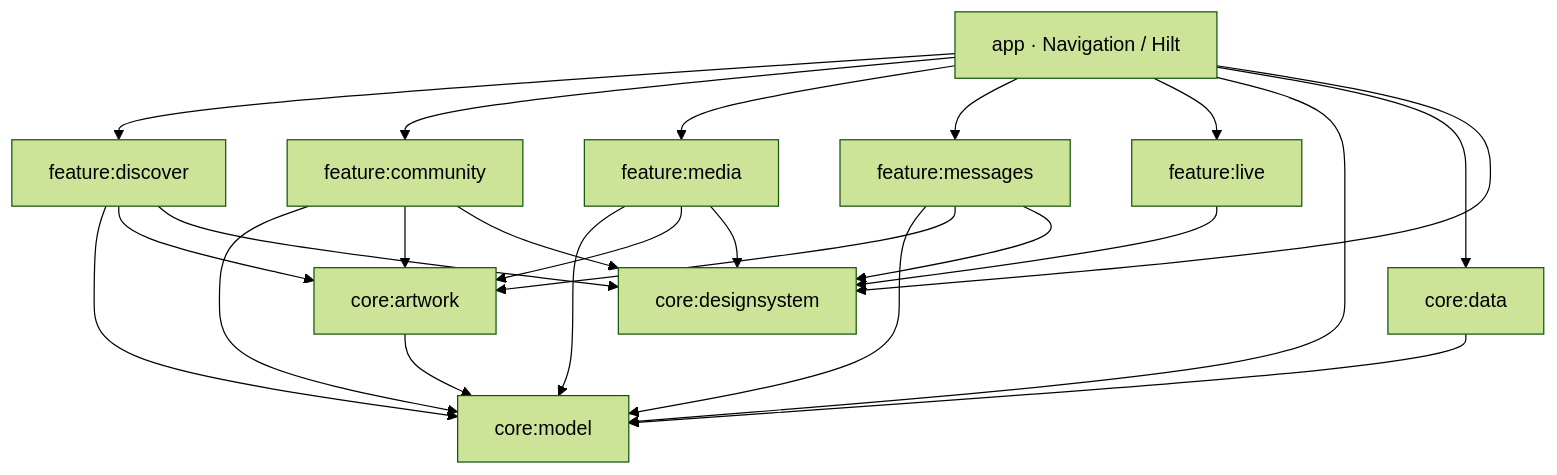
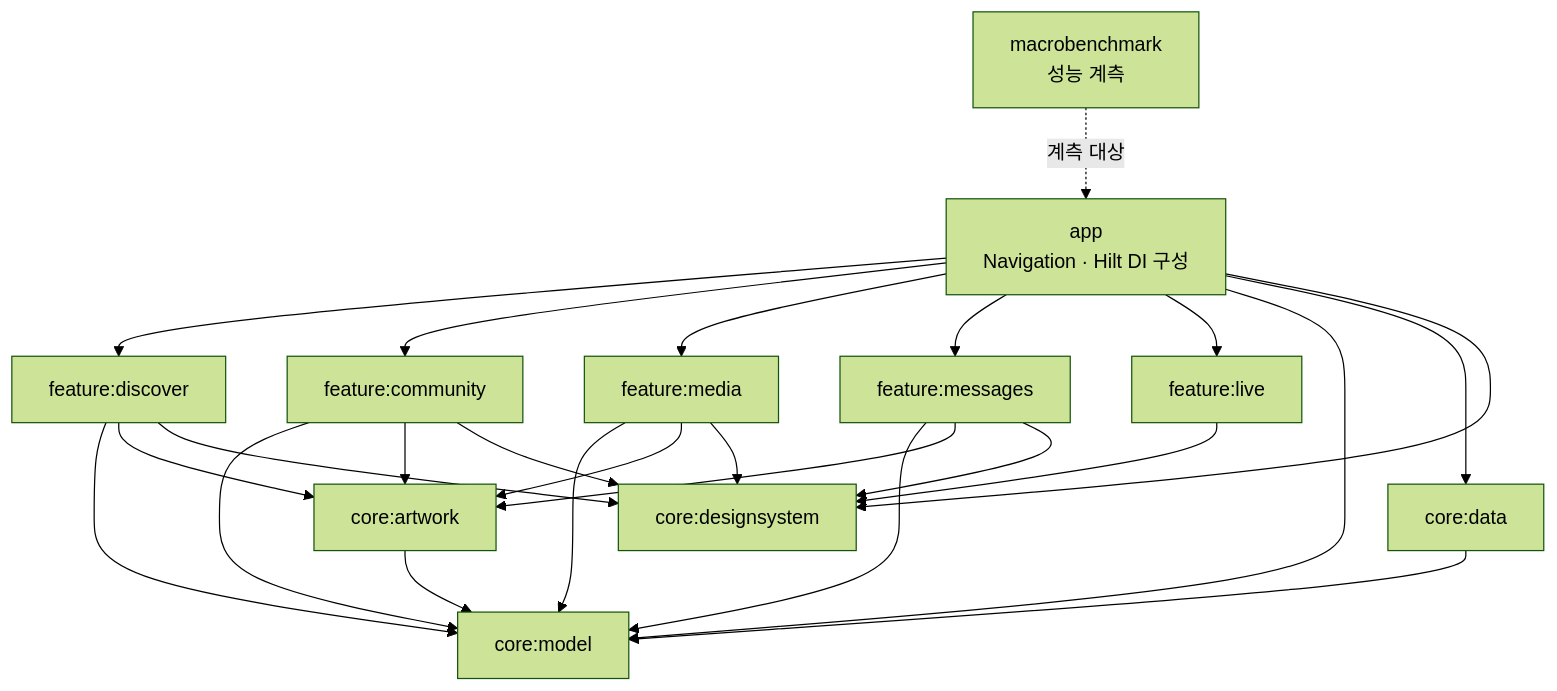
Before and after one commit to CodingBot000/fanstage-android-ai-harness: the first of 4 diagrams in docs/architecture.md, drawn with Mermaid (forest theme). The commit also changed other lines of this file and 1 other file, not shown here.

Commit message:
docs: feature-level module architecture diagram in README (#83)
* docs: show detailed module architecture on README

* docs: synchronize macrobenchmark module diagram and legend

```diff
--- a/docs/architecture.md
+++ b/docs/architecture.md
@@ -14,17 +14,18 @@
 ~~~mermaid
 flowchart TB
-  APP["app · Navigation / Hilt"] --> DISC["feature:discover"]
+  APP["app<br/>Navigation · Hilt DI 구성"] --> DISC["feature:discover"]
   APP --> COMM["feature:community"]
   APP --> MEDIA["feature:media"]
   APP --> MSG["feature:messages"]
   APP --> LIVE["feature:live"]
   APP --> MODEL["core:model"]
   APP --> DATA["core:data"]
   APP --> DESIGN["core:designsystem"]
   DISC & COMM & MEDIA & MSG --> MODEL
   DISC & COMM & MEDIA & MSG --> ART["core:artwork"]
   DISC & COMM & MEDIA & MSG --> DESIGN
   LIVE --> DESIGN
   DATA --> MODEL
   ART --> MODEL
+  BENCH["macrobenchmark<br/>성능 계측"] -.->|"계측 대상"| APP
 ~~~
```
